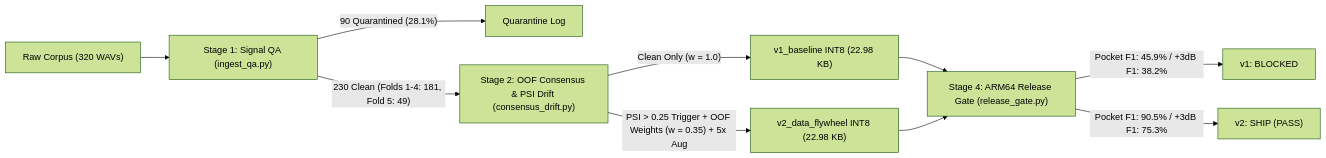
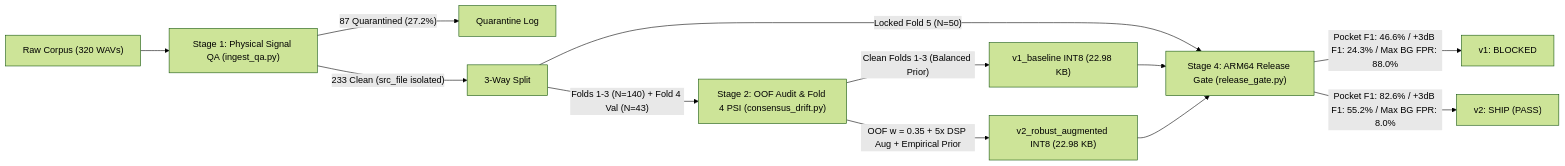
The first of 2 diagrams in README.md (coryjacoblewis/pixelsense-lite), drawn with Mermaid (forest theme) before and after one commit. The commit also changed other lines of this file and 26 other files, not shown here.

Commit message:
refactor: update release gate with source-clustered bootstrap CIs, expanded INT8 hardware audit metrics, and ARM64 release criteria

````diff
--- a/README.md
+++ b/README.md
@@ -17,12 +19,14 @@
 ```mermaid
 flowchart LR
-    A["Raw Corpus (320 WAVs)"] --> B["Stage 1: Signal QA (ingest_qa.py)"]
-    B -->|"90 Quarantined (28.1%)"| Q["Quarantine Log"]
-    B -->|"230 Clean (Folds 1-4: 181, Fold 5: 49)"| C["Stage 2: OOF Consensus & PSI Drift (consensus_drift.py)"]
-    C -->|"Clean Only (w = 1.0)"| V1["v1_baseline INT8 (22.98 KB)"]
-    C -->|"PSI > 0.25 Trigger + OOF Weights (w = 0.35) + 5x Aug"| V2["v2_data_flywheel INT8 (22.98 KB)"]
-    V1 --> G["Stage 4: ARM64 Release Gate (release_gate.py)"]
+    A["Raw Corpus (320 WAVs)"] --> B["Stage 1: Physical Signal QA (ingest_qa.py)"]
+    B -->|"87 Quarantined (27.2%)"| Q["Quarantine Log"]
+    B -->|"233 Clean (src_file isolated)"| S["3-Way Split"]
+    S -->|"Folds 1-3 (N=140) + Fold 4 Val (N=43)"| C["Stage 2: OOF Audit & Fold 4 PSI (consensus_drift.py)"]
+    C -->|"Clean Folds 1-3 (Balanced Prior)"| V1["v1_baseline INT8 (22.98 KB)"]
+    C -->|"OOF w = 0.35 + 5x DSP Aug + Empirical Prior"| V2["v2_robust_augmented INT8 (22.98 KB)"]
+    S -->|"Locked Fold 5 (N=50)"| G["Stage 4: ARM64 Release Gate (release_gate.py)"]
+    V1 --> G
     V2 --> G
-    G -->|"Pocket F1: 45.9% / +3dB F1: 38.2%"| R1["v1: BLOCKED"]
-    G -->|"Pocket F1: 90.5% / +3dB F1: 75.3%"| R2["v2: SHIP (PASS)"]
+    G -->|"Pocket F1: 46.6% / +3dB F1: 24.3% / Max BG FPR: 88.0%"| R1["v1: BLOCKED"]
+    G -->|"Pocket F1: 82.6% / +3dB F1: 55.2% / Max BG FPR: 8.0%"| R2["v2: SHIP (PASS)"]
 ```
````
